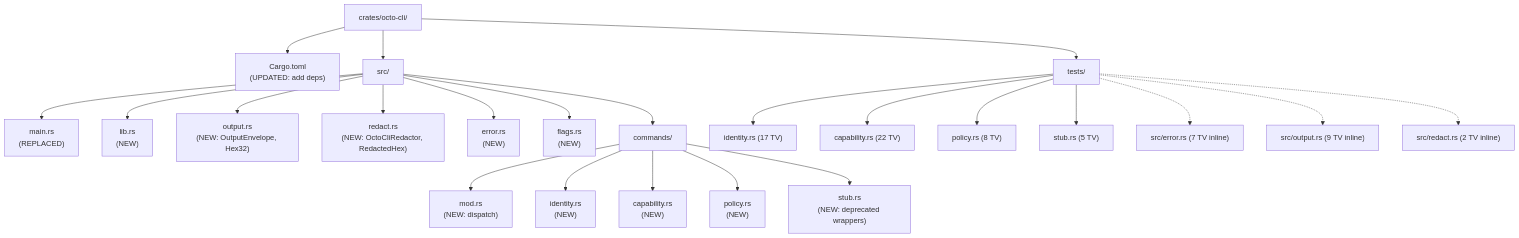
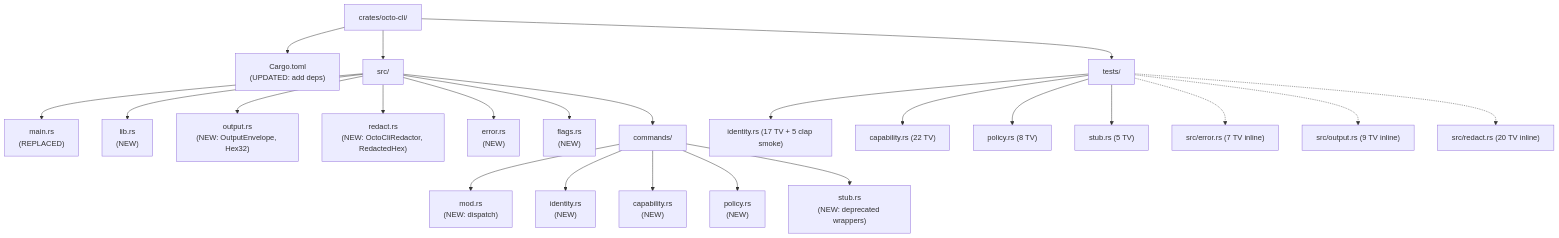
Before and after one commit to CipherOcto/cipherocto: the diagram in docs/07-developers/octo-cli-implementation-guide.md, drawn with Mermaid. The commit also changed other lines of this file and 8 other files, not shown here.

````diff
--- a/docs/07-developers/octo-cli-implementation-guide.md
+++ b/docs/07-developers/octo-cli-implementation-guide.md
@@ -34,30 +34,30 @@
 ```mermaid
 graph TD
     crate["crates/octo-cli/"]
     crate --> cargo["Cargo.toml<br/>(UPDATED: add deps)"]
     crate --> src[src/]
     crate --> tests[tests/]
 
     src --> main["main.rs<br/>(REPLACED)"]
     src --> lib["lib.rs<br/>(NEW)"]
     src --> output["output.rs<br/>(NEW: OutputEnvelope, Hex32)"]
     src --> redact["redact.rs<br/>(NEW: OctoCliRedactor, RedactedHex)"]
     src --> error["error.rs<br/>(NEW)"]
     src --> flags["flags.rs<br/>(NEW)"]
     src --> commands[commands/]
 
     commands --> cmod["mod.rs<br/>(NEW: dispatch)"]
     commands --> identity["identity.rs<br/>(NEW)"]
     commands --> capability["capability.rs<br/>(NEW)"]
     commands --> policy["policy.rs<br/>(NEW)"]
     commands --> stub["stub.rs<br/>(NEW: deprecated wrappers)"]
 
-    tests --> t_id["identity.rs (17 TV)"]
+    tests --> t_id["identity.rs (17 TV + 5 clap smoke)"]
     tests --> t_cap["capability.rs (22 TV)"]
     tests --> t_pol["policy.rs (8 TV)"]
     tests --> t_dep["stub.rs (5 TV)"]
     %% inline #[cfg(test)] modules in src/:
     tests -.-> t_err["src/error.rs (7 TV inline)"]
     tests -.-> t_env["src/output.rs (9 TV inline)"]
-    tests -.-> t_red["src/redact.rs (2 TV inline)"]
+    tests -.-> t_red["src/redact.rs (20 TV inline)"]
 ```
````
